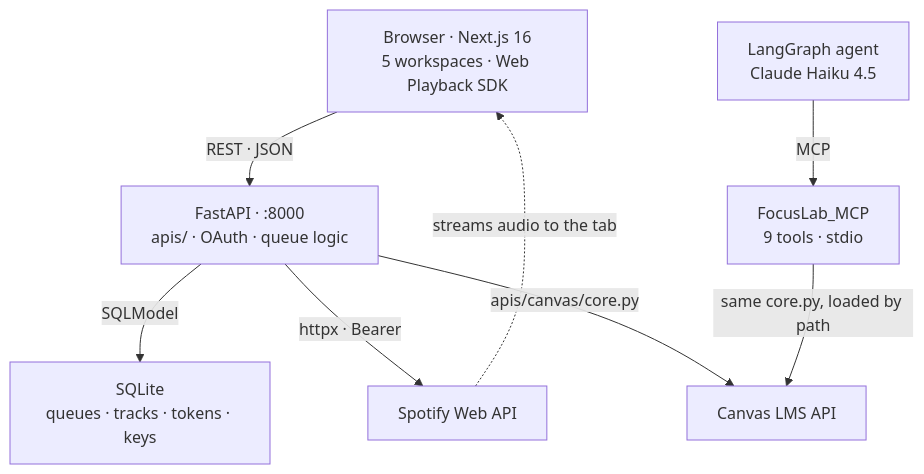
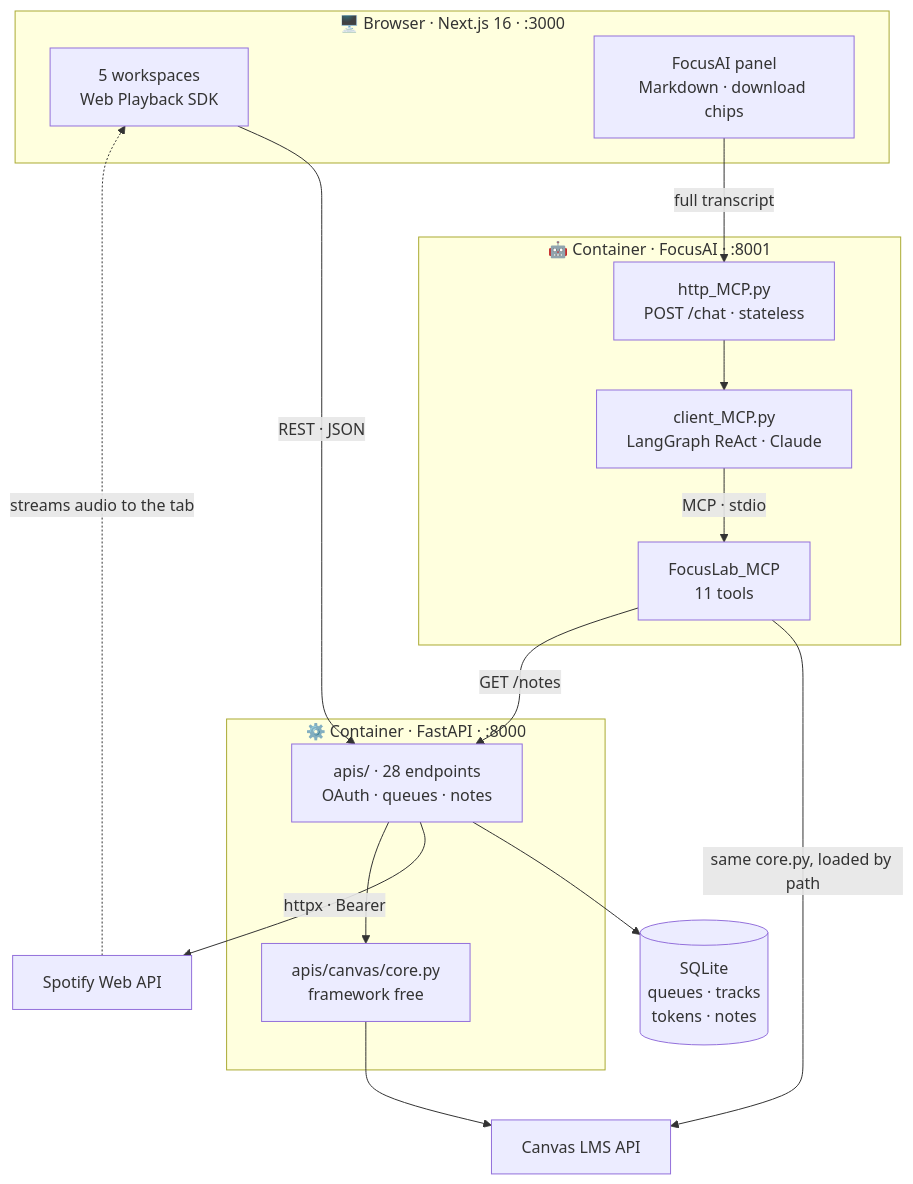
Before and after one commit to MatiasPF1/FocusLab: the diagram in README.md, drawn with Mermaid. The commit also changed other lines of this file and 15 other files, not shown here.

````diff
--- a/README.md
+++ b/README.md
@@ -186,18 +44,37 @@
 ```mermaid
 flowchart TD
-    B["Browser · Next.js 16<br/>5 workspaces · Web Playback SDK"]
-    A["FastAPI · :8000<br/>apis/ · OAuth · queue logic"]
-    D["SQLite<br/>queues · tracks · tokens · keys"]
-    S["Spotify Web API"]
-    C["Canvas LMS API"]
-    M["FocusLab_MCP<br/>9 tools · stdio"]
-    G["LangGraph agent<br/>Claude Haiku 4.5"]
+    subgraph BROWSER ["🖥️ Browser · Next.js 16 · :3000"]
+        UI["5 workspaces<br/>Web Playback SDK"]
+        PANEL["FocusAI panel<br/>Markdown · download chips"]
+    end
 
-    B -->|"REST · JSON"| A
-    A -->|"SQLModel"| D
-    A -->|"httpx · Bearer"| S
-    A -->|"apis/canvas/core.py"| C
-    M -->|"same core.py, loaded by path"| C
-    G -->|"MCP"| M
-    S -.->|"streams audio to the tab"| B
+    subgraph API ["⚙️ Container · FastAPI · :8000"]
+        ROUTES["apis/ · 28 endpoints<br/>OAuth · queues · notes"]
+        CORE["apis/canvas/core.py<br/>framework free"]
+    end
+
+    subgraph AGENT ["🤖 Container · FocusAI · :8001"]
+        HTTP["http_MCP.py<br/>POST /chat · stateless"]
+        LOOP["client_MCP.py<br/>LangGraph ReAct · Claude"]
+        MCP["FocusLab_MCP<br/>11 tools"]
+    end
+
+    DB[("SQLite<br/>queues · tracks<br/>tokens · notes")]
+    SPOT["Spotify Web API"]
+    CANVAS["Canvas LMS API"]
+
+    UI -->|"REST · JSON"| ROUTES
+    PANEL -->|"full transcript"| HTTP
+    HTTP --> LOOP
+    LOOP -->|"MCP · stdio"| MCP
+
+    ROUTES --> DB
+    ROUTES -->|"httpx · Bearer"| SPOT
+    ROUTES --> CORE
+    CORE --> CANVAS
+
+    MCP -->|"same core.py, loaded by path"| CANVAS
+    MCP -->|"GET /notes"| ROUTES
+
+    SPOT -.->|"streams audio to the tab"| UI
 ```
````
